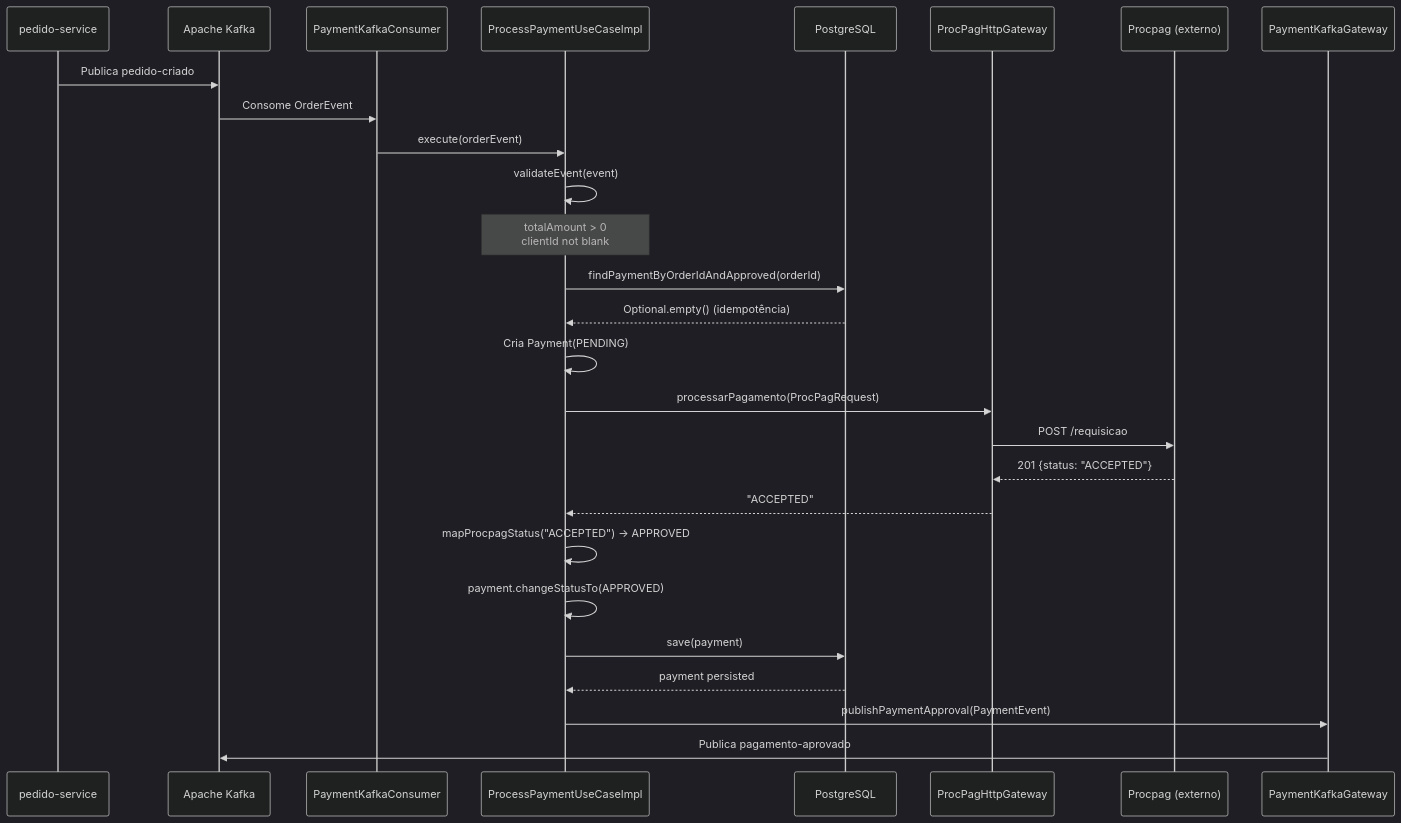
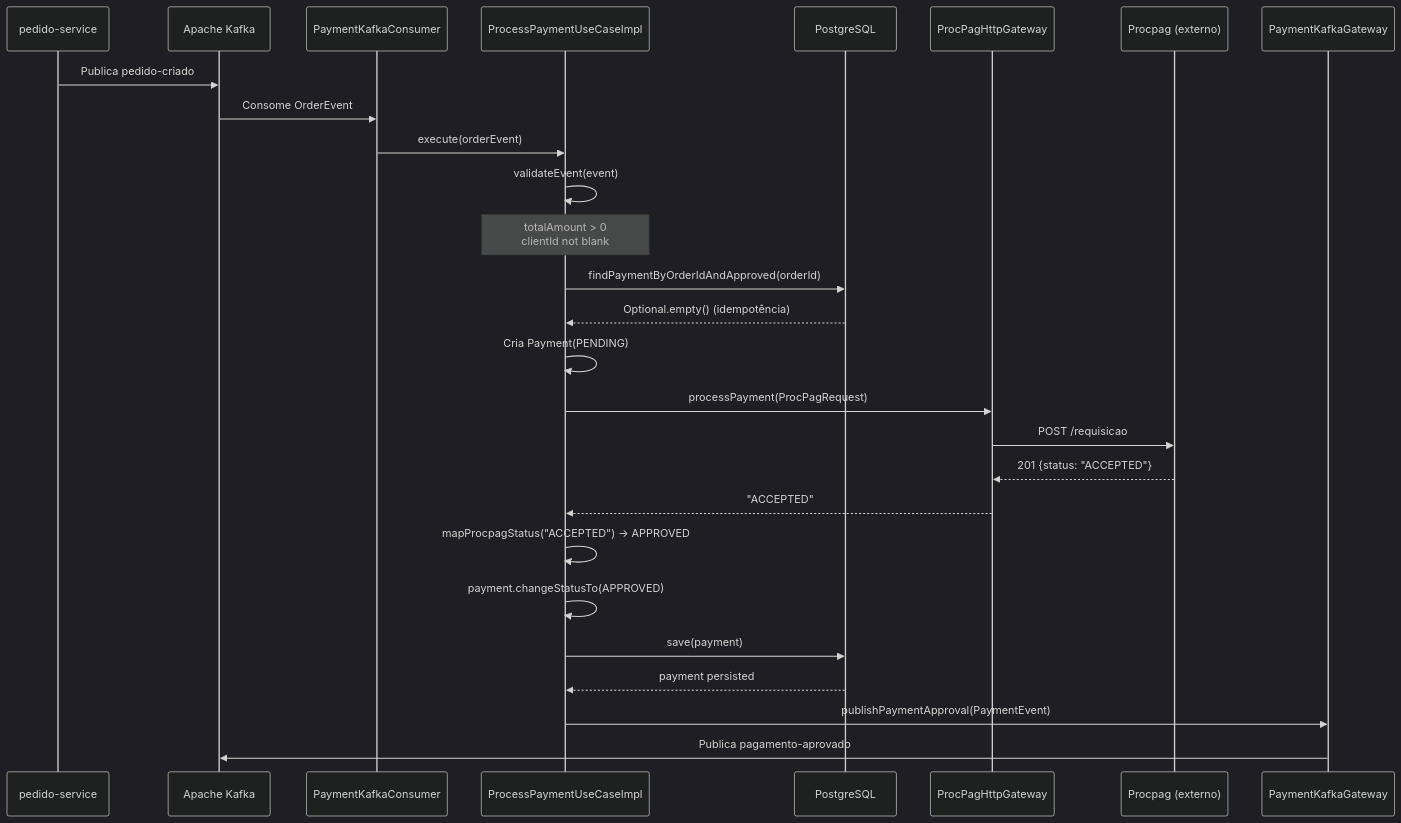
The first of 7 diagrams in docs/flows.md (HugoOliveiraSoares/tech-challenge-iii), drawn with Mermaid (dark theme) before and after one commit. The commit also changed other lines of this file and 8 other files, not shown here.

````diff
--- a/docs/flows.md
+++ b/docs/flows.md
@@ -11,36 +11,36 @@
 ```mermaid
 sequenceDiagram
   participant PS as pedido-service
   participant Kafka as Apache Kafka
   participant Consumer as PaymentKafkaConsumer
   participant UseCase as ProcessPaymentUseCaseImpl
   participant DB as PostgreSQL
   participant HTTP as ProcPagHttpGateway
   participant Procpag as Procpag (externo)
   participant Producer as PaymentKafkaGateway
 
   PS->>Kafka: Publica pedido-criado
   Kafka->>Consumer: Consome OrderEvent
   Consumer->>UseCase: execute(orderEvent)
 
   UseCase->>UseCase: validateEvent(event)
   Note over UseCase: totalAmount > 0<br/>clientId not blank
 
   UseCase->>DB: findPaymentByOrderIdAndApproved(orderId)
   DB-->>UseCase: Optional.empty() (idempotência)
 
   UseCase->>UseCase: Cria Payment(PENDING)
-  UseCase->>HTTP: processarPagamento(ProcPagRequest)
+  UseCase->>HTTP: processPayment(ProcPagRequest)
   HTTP->>Procpag: POST /requisicao
   Procpag-->>HTTP: 201 {status: "ACCEPTED"}
 
   HTTP-->>UseCase: "ACCEPTED"
   UseCase->>UseCase: mapProcpagStatus("ACCEPTED") → APPROVED
   UseCase->>UseCase: payment.changeStatusTo(APPROVED)
 
   UseCase->>DB: save(payment)
   DB-->>UseCase: payment persisted
 
   UseCase->>Producer: publishPaymentApproval(PaymentEvent)
   Producer->>Kafka: Publica pagamento-aprovado
 ```
````
